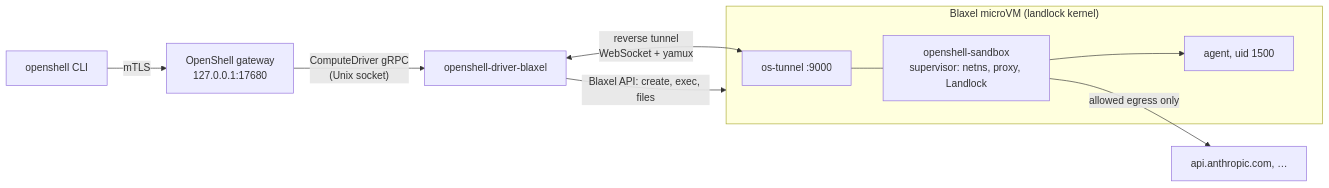
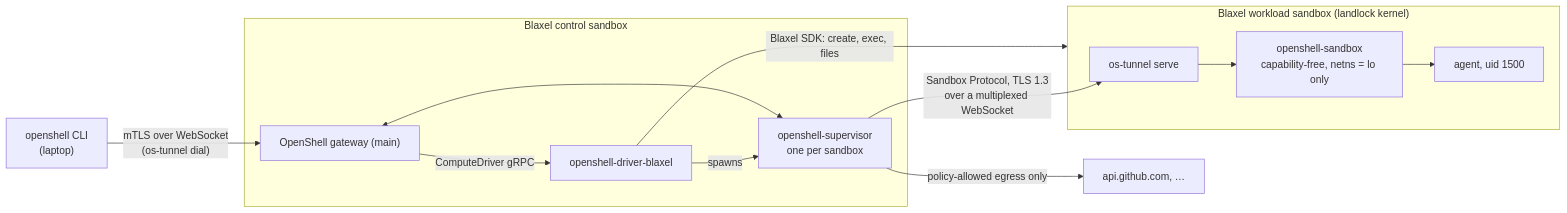
One commit to blaxel-ai/openshell-blaxel changed the diagram in README.md. Above: the diagram before and after it, drawn with Mermaid. The commit also changed other lines of this file and 21 other files, not shown here.

First line of the commit message:
docs: document the Blaxel-hosted OpenShell main setup

````diff
--- a/README.md
+++ b/README.md
@@ -7,12 +7,16 @@
 ```mermaid
 flowchart LR
-    CLI["openshell CLI"] -->|mTLS| GW["OpenShell gateway<br/>127.0.0.1:17680"]
-    GW -->|"ComputeDriver gRPC<br/>(Unix socket)"| D["openshell-driver-blaxel"]
-    D -->|"Blaxel API: create, exec, files"| VM
-    D <-->|"reverse tunnel<br/>WebSocket + yamux"| T
-    subgraph VM["Blaxel microVM (landlock kernel)"]
-        T["os-tunnel :9000"] --- S["openshell-sandbox<br/>supervisor: netns, proxy, Landlock"]
+    CLI["openshell CLI<br/>(laptop)"] -->|"mTLS over WebSocket<br/>(os-tunnel dial)"| GW
+    subgraph CTRL["Blaxel control sandbox"]
+        GW["OpenShell gateway (main)"] -->|"ComputeDriver gRPC"| D["openshell-driver-blaxel"]
+        D -->|spawns| SUP["openshell-supervisor<br/>one per sandbox"]
+        SUP <--> GW
+    end
+    D -->|"Blaxel SDK: create, exec, files"| WL
+    SUP -->|"Sandbox Protocol, TLS 1.3<br/>over a multiplexed WebSocket"| T
+    subgraph WL["Blaxel workload sandbox (landlock kernel)"]
+        T["os-tunnel serve"] --> S["openshell-sandbox<br/>capability-free, netns = lo only"]
         S --> A["agent, uid 1500"]
     end
-    S -->|"allowed egress only"| NET["api.anthropic.com, …"]
+    SUP -->|"policy-allowed egress only"| NET["api.github.com, …"]
 ```
````
